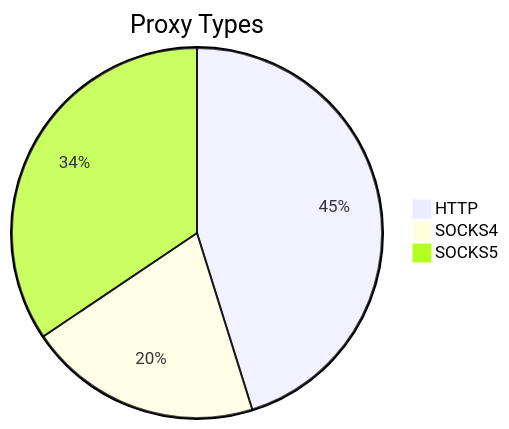
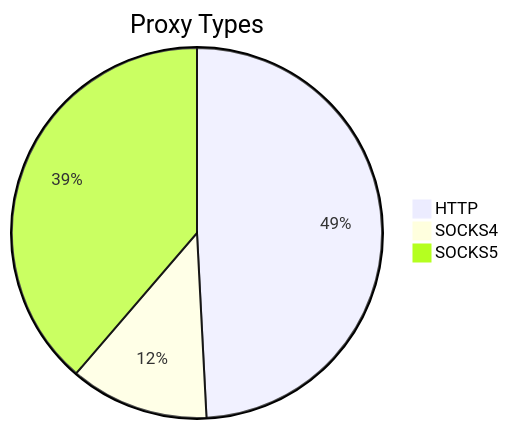
The first of 2 diagrams in README.md (stormsia/proxy-list), drawn with Mermaid before and after one commit. The commit also changed other lines of this file, not shown here.

````diff
--- a/README.md
+++ b/README.md
@@ -21,6 +21,6 @@
 ```mermaid
 pie title Proxy Types
-    "HTTP" : 290
-    "SOCKS4" : 131
-    "SOCKS5" : 221
+    "HTTP" : 150
+    "SOCKS4" : 37
+    "SOCKS5" : 118
 ```
````
